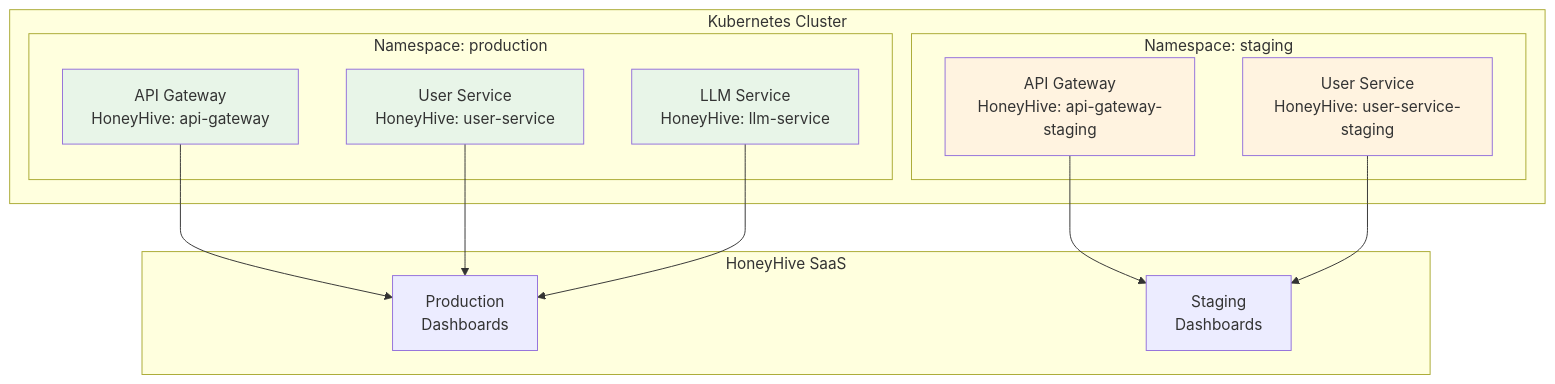
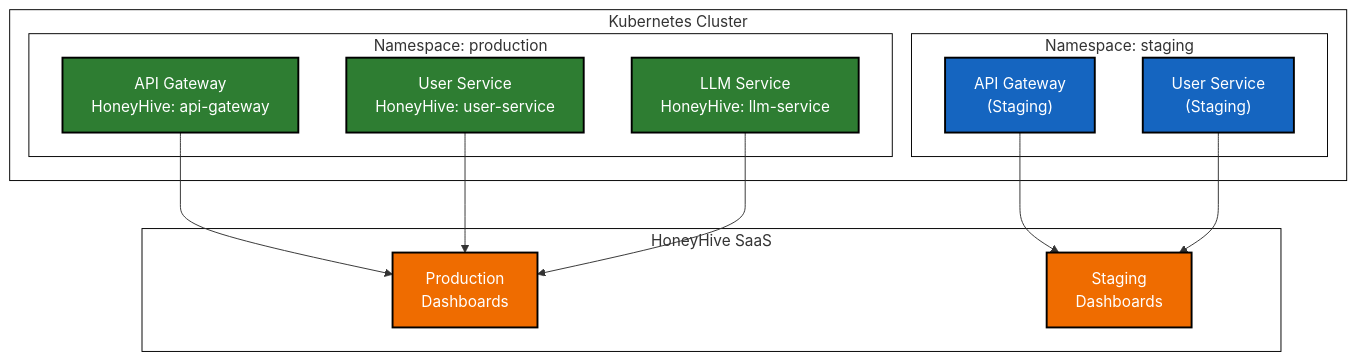
The seventh of 15 diagrams in docs/explanation/architecture/diagrams.rst (honeyhiveai/python-sdk), drawn with Mermaid before and after one commit. The commit also changed other lines of this file and 44 other files, not shown here.

```diff
--- a/docs/explanation/architecture/diagrams.rst
+++ b/docs/explanation/architecture/diagrams.rst
@@ -215,33 +242,36 @@
 .. mermaid::
 
+   %%{init: {'theme':'base', 'themeVariables': {'primaryColor': '#1565c0', 'primaryTextColor': '#ffffff', 'primaryBorderColor': '#000000', 'lineColor': '#333333', 'secondaryColor': '#2e7d32', 'tertiaryColor': '#ef6c00', 'background': 'transparent', 'mainBkg': 'transparent', 'secondBkg': 'transparent', 'nodeBkg': '#1565c0', 'nodeBorder': '#000000', 'clusterBkg': 'transparent', 'clusterBorder': '#000000', 'defaultLinkColor': '#333333', 'titleColor': '#333333', 'edgeLabelBackground': 'transparent', 'nodeTextColor': '#ffffff'}, 'flowchart': {'linkColor': '#333333', 'linkWidth': 2, 'nodeSpacing': 50, 'rankSpacing': 50}}}%%
    graph TB
        subgraph "Kubernetes Cluster"
            subgraph "Namespace: production"
                Service1["API Gateway<br/>HoneyHive: api-gateway"]
                Service2["User Service<br/>HoneyHive: user-service"]
                Service3["LLM Service<br/>HoneyHive: llm-service"]
            end
            
            subgraph "Namespace: staging"
-               Service4["API Gateway<br/>HoneyHive: api-gateway-staging"]
-               Service5["User Service<br/>HoneyHive: user-service-staging"]
+               Service4["API Gateway<br/>(Staging)"]
+               Service5["User Service<br/>(Staging)"]
            end
        end
        
        subgraph "HoneyHive SaaS"
            Dashboard1["Production<br/>Dashboards"]
            Dashboard2["Staging<br/>Dashboards"]
        end
        
        Service1 --> Dashboard1
        Service2 --> Dashboard1
        Service3 --> Dashboard1
        
        Service4 --> Dashboard2
        Service5 --> Dashboard2
        
-       style Service1 fill:#e8f5e8
-       style Service2 fill:#e8f5e8
-       style Service3 fill:#e8f5e8
-       style Service4 fill:#fff3e0
-       style Service5 fill:#fff3e0
+       classDef prodServiceClass fill:#2e7d32,stroke:#000000,stroke-width:2px,color:#ffffff
+       classDef stagingServiceClass fill:#1565c0,stroke:#000000,stroke-width:2px,color:#ffffff
+       classDef dashboardClass fill:#ef6c00,stroke:#000000,stroke-width:2px,color:#ffffff
+       
+       class Service1,Service2,Service3 prodServiceClass
+       class Service4,Service5 stagingServiceClass
+       class Dashboard1,Dashboard2 dashboardClass
```
